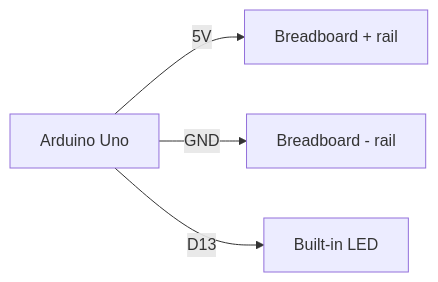
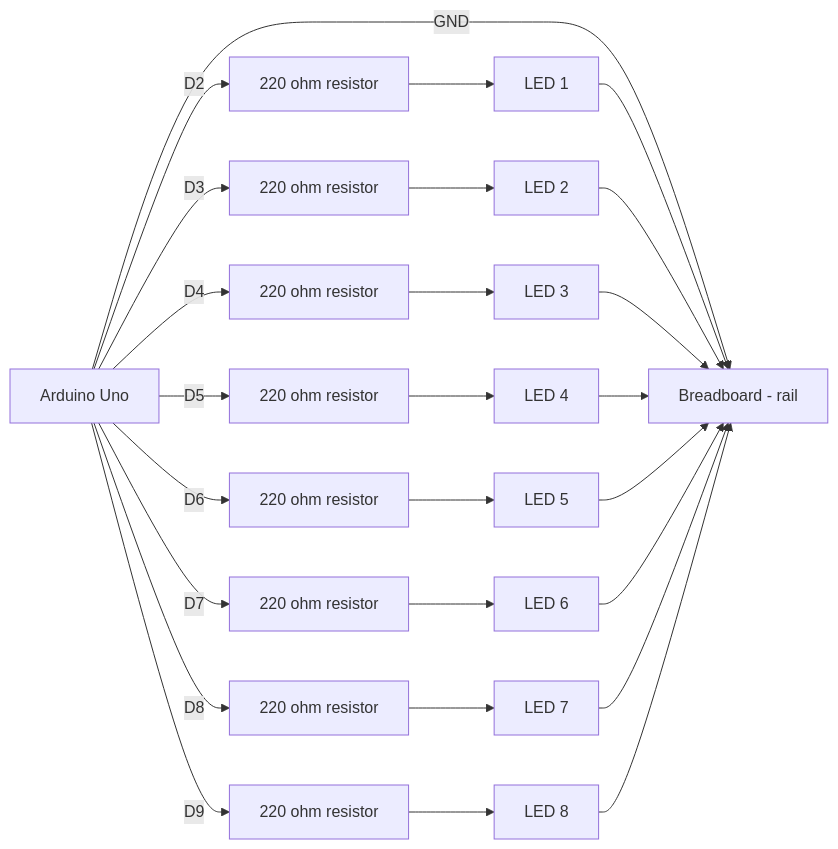
One commit to Danncode10/Robotics-2-Template changed the first of 2 diagrams in docs/connections.md. Above: the diagram before and after it, drawn with Mermaid. The commit also changed other lines of this file and 2 other files, not shown here.

Commit message:
Update activity documentation and add Arduino sketch for Alternating Eight LEDs project

````diff
--- a/docs/connections.md
+++ b/docs/connections.md
@@ -15,11 +43,31 @@
 ```mermaid
 flowchart LR
     Arduino["Arduino Uno"]
-    BreadboardPositive["Breadboard + rail"]
     BreadboardGround["Breadboard - rail"]
-    LED["Built-in LED"]
+    R1["220 ohm resistor"]
+    R2["220 ohm resistor"]
+    R3["220 ohm resistor"]
+    R4["220 ohm resistor"]
+    R5["220 ohm resistor"]
+    R6["220 ohm resistor"]
+    R7["220 ohm resistor"]
+    R8["220 ohm resistor"]
+    LED1["LED 1"]
+    LED2["LED 2"]
+    LED3["LED 3"]
+    LED4["LED 4"]
+    LED5["LED 5"]
+    LED6["LED 6"]
+    LED7["LED 7"]
+    LED8["LED 8"]
 
-    Arduino -- "5V" --> BreadboardPositive
     Arduino -- "GND" --> BreadboardGround
-    Arduino -- "D13" --> LED
+    Arduino -- "D2" --> R1 --> LED1 --> BreadboardGround
+    Arduino -- "D3" --> R2 --> LED2 --> BreadboardGround
+    Arduino -- "D4" --> R3 --> LED3 --> BreadboardGround
+    Arduino -- "D5" --> R4 --> LED4 --> BreadboardGround
+    Arduino -- "D6" --> R5 --> LED5 --> BreadboardGround
+    Arduino -- "D7" --> R6 --> LED6 --> BreadboardGround
+    Arduino -- "D8" --> R7 --> LED7 --> BreadboardGround
+    Arduino -- "D9" --> R8 --> LED8 --> BreadboardGround
 ```
````
